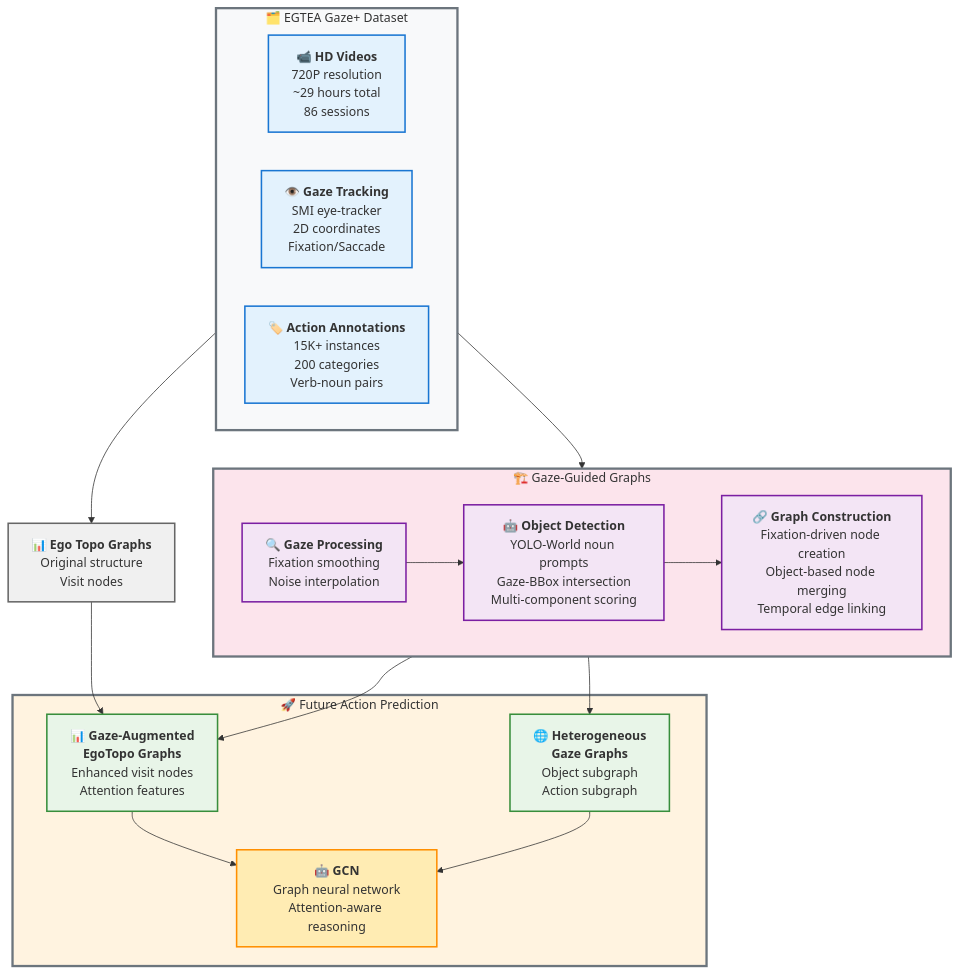
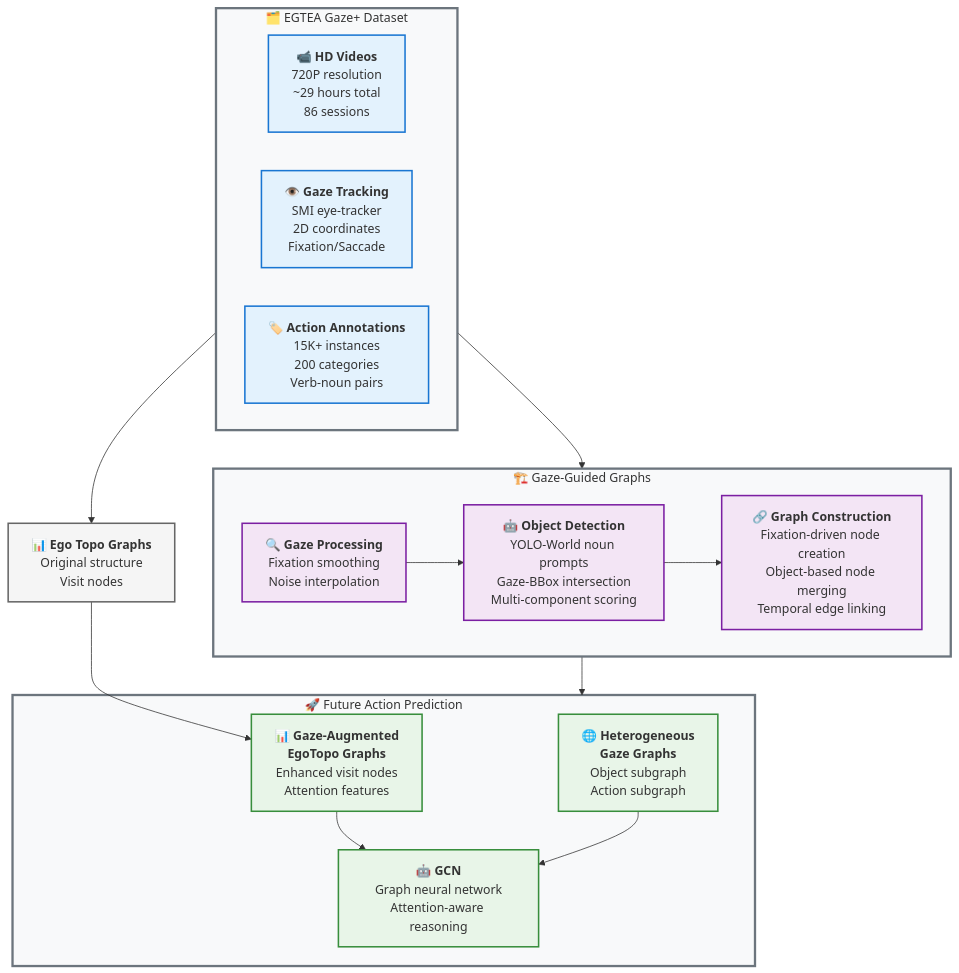
Before and after one commit to tavis-siebert/gaze-guided-scene: the diagram in figures/graph-construction-overview.md, drawn with Mermaid.

Commit message:
fix(figures): apply uniform gray to containers while preserving node colors
Changed all subgraph containers to use consistent gray styling while maintaining distinct colors for internal nodes to preserve visual flow and hierarchy.

````diff
--- a/figures/graph-construction-overview.md
+++ b/figures/graph-construction-overview.md
@@ -72,26 +72,20 @@
     %% Vertical flow connections
     Dataset --> Pipeline
     Dataset --> J
-    Pipeline --> G
-    Pipeline --> H
+    Pipeline --> Prediction
     J --> G
     
-    %% Styling for academic presentation
-    classDef dataset fill:#f8f9fa,stroke:#6c757d,stroke-width:3px
-    classDef pipeline fill:#fce4ec,stroke:#6c757d,stroke-width:3px
-    classDef prediction fill:#fff3e0,stroke:#6c757d,stroke-width:3px
-    classDef input fill:#e3f2fd,stroke:#1976d2,stroke-width:2px
-    classDef processing fill:#f3e5f5,stroke:#7b1fa2,stroke-width:2px
-    classDef output fill:#e8f5e8,stroke:#388e3c,stroke-width:2px
-    classDef external fill:#f0f0f0,stroke:#666666,stroke-width:2px
-    classDef gcn fill:#ffecb3,stroke:#ff8f00,stroke-width:2px
+    %% Gray containers with distinct node colors
+    classDef grayContainer fill:#f8f9fa,stroke:#6c757d,stroke-width:3px
+    classDef inputNode fill:#e3f2fd,stroke:#1976d2,stroke-width:2px
+    classDef processingNode fill:#f3e5f5,stroke:#7b1fa2,stroke-width:2px
+    classDef outputNode fill:#e8f5e8,stroke:#388e3c,stroke-width:2px
+    classDef externalNode fill:#f5f5f5,stroke:#666666,stroke-width:2px
     
-    class Dataset dataset
-    class Pipeline pipeline
-    class Prediction prediction
-    class A,B,C input
-    class D,E,F processing
-    class G,H output
-    class J external
-    class I gcn
+    %% Apply gray to containers only, keep distinct node colors
+    class Dataset,Pipeline,Prediction grayContainer
+    class A,B,C inputNode
+    class D,E,F processingNode
+    class G,H,I outputNode
+    class J externalNode
 ```
````
